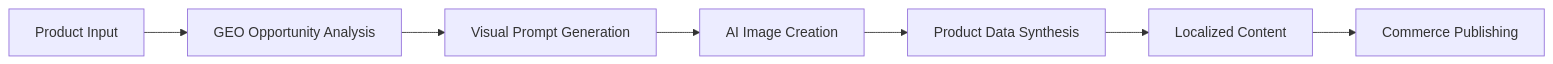
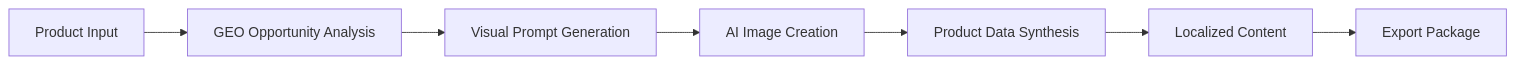
The diagram in README.md (GEO-SEO/geo-visual-opportunity-engine), drawn with Mermaid before and after one commit. The commit also changed other lines of this file and 3 other files, not shown here.

Commit message:
Harden public commerce package for registry safety

````diff
--- a/README.md
+++ b/README.md
@@ -64,9 +64,9 @@
 ```mermaid
 flowchart LR
     A["Product Input"] --> B["GEO Opportunity Analysis"]
     B --> C["Visual Prompt Generation"]
     C --> D["AI Image Creation"]
     D --> E["Product Data Synthesis"]
     E --> F["Localized Content"]
-    F --> G["Commerce Publishing"]
+    F --> G["Export Package"]
 ```
````
